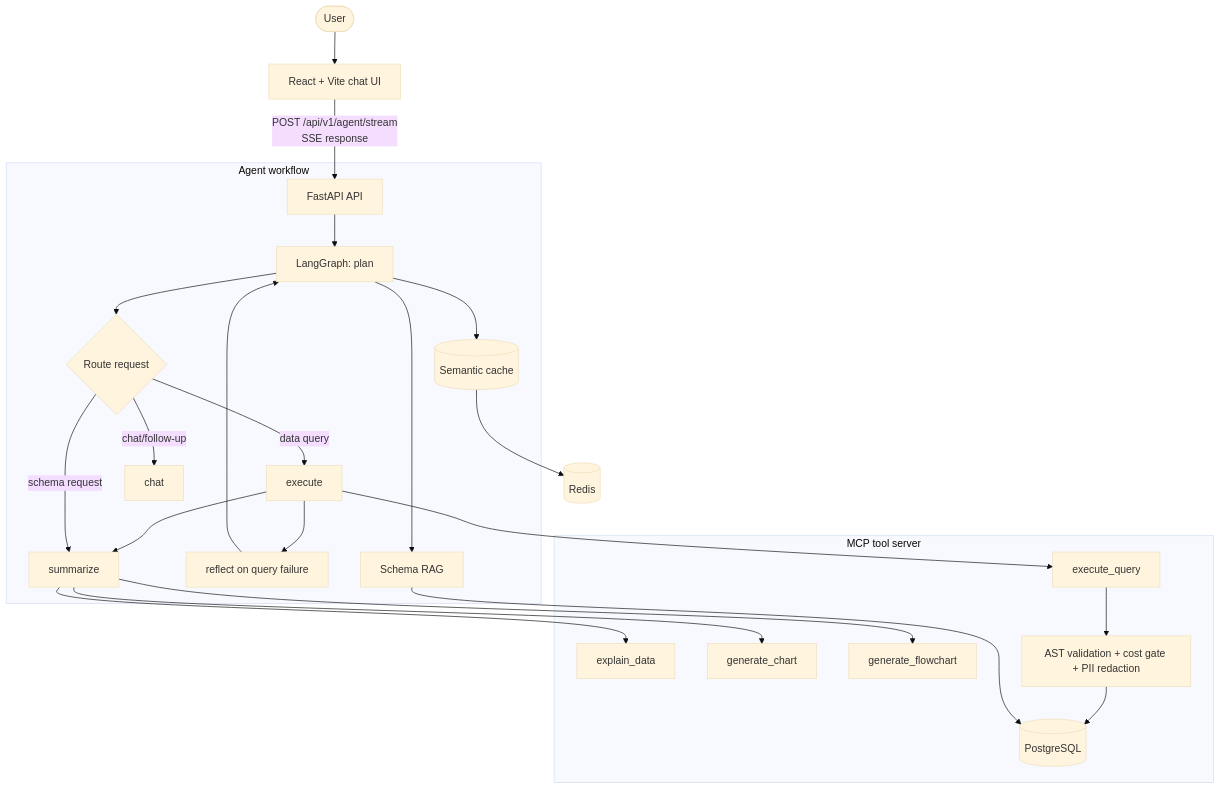
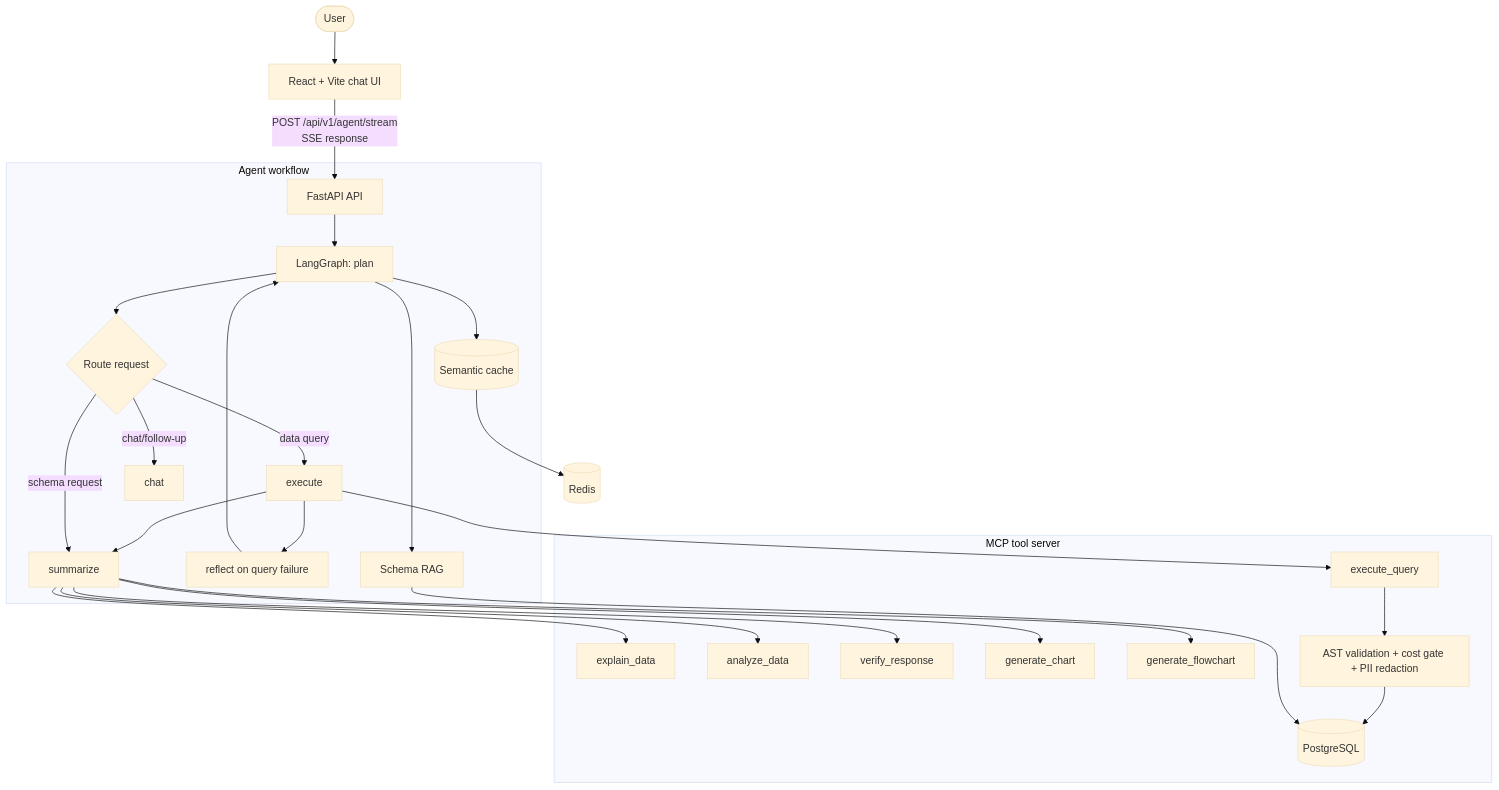
Before and after one commit to BarathDevLab/WonderDB-Agent: the diagram in README.md, drawn with Mermaid (base theme). The commit also changed other lines of this file and 18 other files, not shown here.

````diff
--- a/README.md
+++ b/README.md
@@ -53,30 +53,32 @@
 ```mermaid
 flowchart TD
     User([User]) --> UI[React + Vite chat UI]
     UI -->|POST /api/v1/agent/stream<br/>SSE response| API[FastAPI API]
 
     subgraph Agent workflow
         API --> Plan[LangGraph: plan]
         Plan --> Cache[(Semantic cache)]
         Plan --> SchemaRAG[Schema RAG]
         Plan --> Route{Route request}
         Route -->|data query| Execute[execute]
         Execute --> Reflect[reflect on query failure]
         Reflect --> Plan
         Execute --> Summarize[summarize]
         Route -->|schema request| Summarize
         Route -->|chat/follow-up| Chat[chat]
     end
 
     subgraph MCP tool server
         Execute --> SQLTool[execute_query]
         Summarize --> ExplainTool[explain_data]
+        Summarize --> AnalyzeTool[analyze_data]
+        Summarize --> VerifyTool[verify_response]
         Summarize --> ChartTool[generate_chart]
         Summarize --> DiagramTool[generate_flowchart]
         SQLTool --> Guardrails[AST validation + cost gate + PII redaction]
         Guardrails --> Postgres[(PostgreSQL)]
     end
 
     SchemaRAG --> Postgres
     Cache --> Redis[(Redis)]
 ```
````
